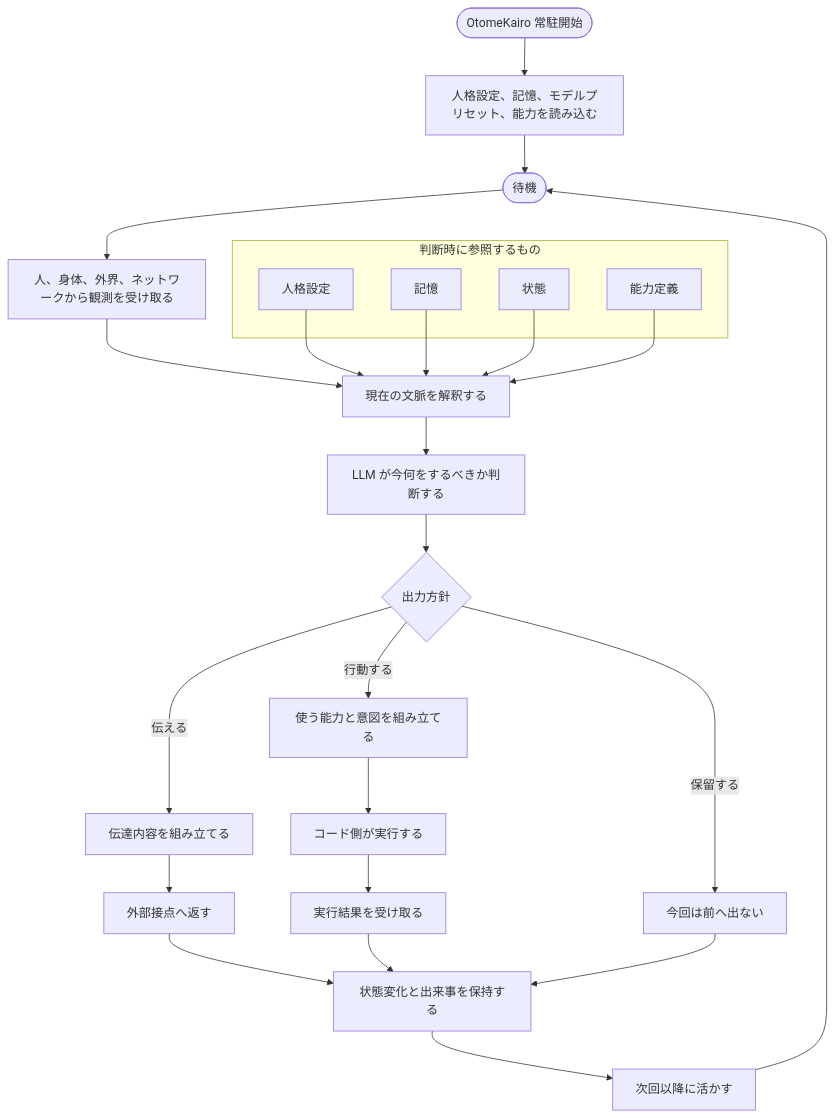
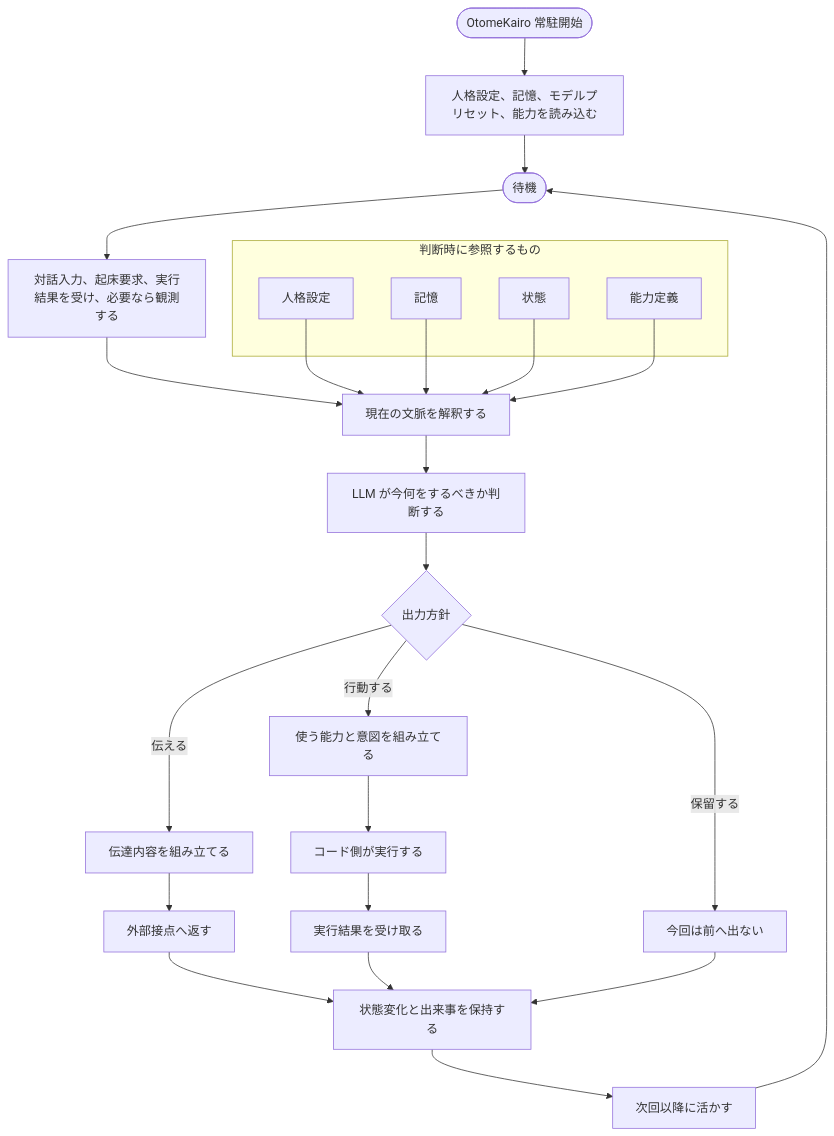
One commit to hirona98/OtomeKairo changed the diagram in docs/design/03_アーキテクチャ.md. Above: the diagram before and after it, drawn with Mermaid. The commit also changed other lines of this file and 36 other files, not shown here.

````diff
--- a/docs/design/03_アーキテクチャ.md
+++ b/docs/design/03_アーキテクチャ.md
@@ -49,47 +49,47 @@
 ```mermaid
 flowchart TD
     Start([OtomeKairo 常駐開始])
     Load[人格設定、記憶、モデルプリセット、能力を読み込む]
     Wait([待機])
-    Observe[人、身体、外界、ネットワークから観測を受け取る]
+    Observe[対話入力、起床要求、実行結果を受け、必要なら観測する]
     Build[現在の文脈を解釈する]
     Decide["LLM が今何をするべきか判断する"]
     Branch{出力方針}
     Communicate[伝達内容を組み立てる]
     Plan[使う能力と意図を組み立てる]
     Execute[コード側が実行する]
     Hold[今回は前へ出ない]
     Return[外部接点へ返す]
     Result[実行結果を受け取る]
     Store[状態変化と出来事を保持する]
     Next[次回以降に活かす]
 
     subgraph Ref["判断時に参照するもの"]
         Persona[人格設定]
         Memory[記憶]
         State[状態]
         Capability[能力定義]
     end
 
     Start --> Load
     Load --> Wait
     Wait --> Observe
     Observe --> Build
     Persona --> Build
     Memory --> Build
     State --> Build
     Capability --> Build
     Build --> Decide
     Decide --> Branch
     Branch -->|伝える| Communicate
     Branch -->|行動する| Plan
     Branch -->|保留する| Hold
     Communicate --> Return
     Plan --> Execute
     Execute --> Result
     Return --> Store
     Result --> Store
     Hold --> Store
     Store --> Next
     Next --> Wait
 ```
````
